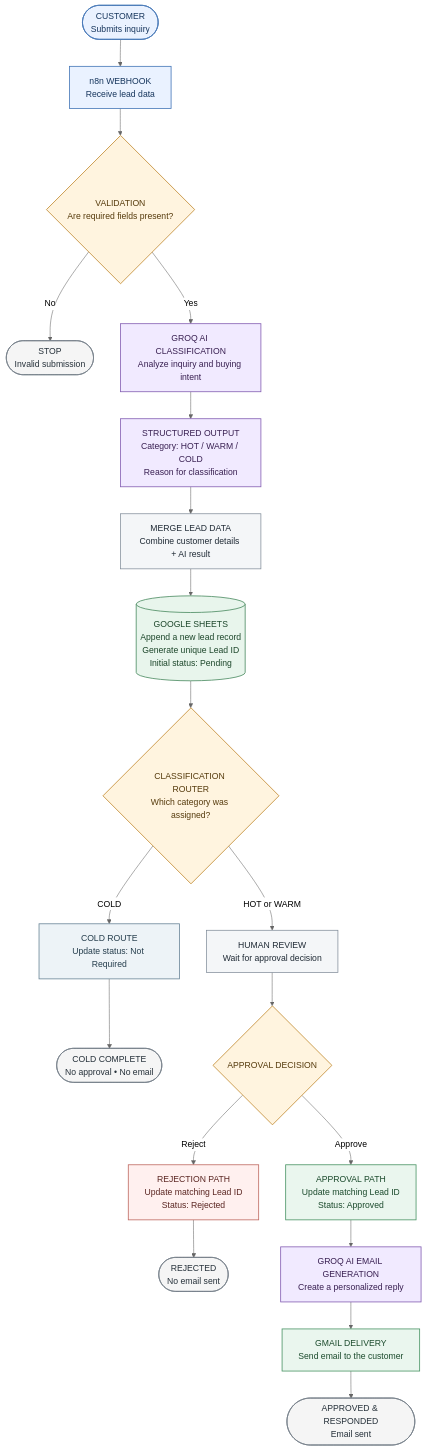
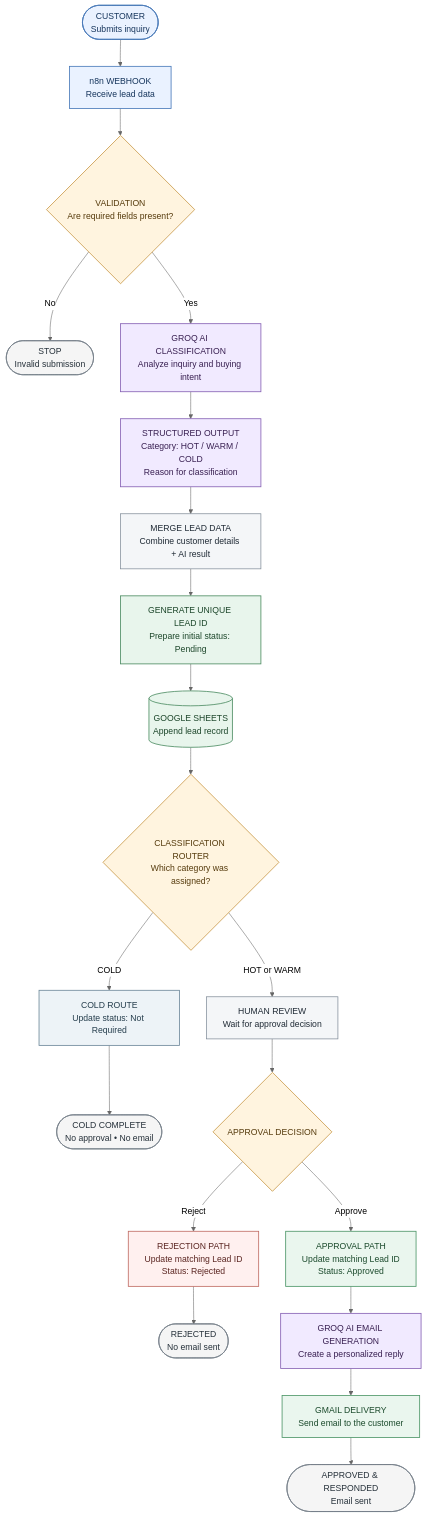
One commit to MBM305/AI-Powered-Lead-Management-System changed the diagram in Documentation/architecture.md. Above: the diagram before and after it, drawn with Mermaid (neutral theme). The commit also changed other lines of this file, not shown here.

Commit message:
docs: correct lead ID flow and clarify architecture

````diff
--- a/Documentation/architecture.md
+++ b/Documentation/architecture.md
@@ -7,46 +7,48 @@
 ```mermaid
 flowchart TB
     A(["CUSTOMER<br/>Submits inquiry"]) --> B["n8n WEBHOOK<br/>Receive lead data"]
     B --> C{"VALIDATION<br/>Are required fields present?"}
 
     C -->|No| X(["STOP<br/>Invalid submission"])
     C -->|Yes| D["GROQ AI CLASSIFICATION<br/>Analyze inquiry and buying intent"]
     D --> E["STRUCTURED OUTPUT<br/>Category: HOT / WARM / COLD<br/>Reason for classification"]
     E --> F["MERGE LEAD DATA<br/>Combine customer details + AI result"]
-    F --> G[("GOOGLE SHEETS<br/>Append a new lead record<br/>Generate unique Lead ID<br/>Initial status: Pending")]
-    G --> H{"CLASSIFICATION ROUTER<br/>Which category was assigned?"}
+    F --> G["GENERATE UNIQUE LEAD ID<br/>Prepare initial status: Pending"]
+    G --> H[("GOOGLE SHEETS<br/>Append lead record")]
+    H --> I{"CLASSIFICATION ROUTER<br/>Which category was assigned?"}
 
-    H -->|COLD| I["COLD ROUTE<br/>Update status: Not Required"]
-    I --> J(["COLD COMPLETE<br/>No approval • No email"])
+    I -->|COLD| J["COLD ROUTE<br/>Update status: Not Required"]
+    J --> K(["COLD COMPLETE<br/>No approval • No email"])
 
-    H -->|HOT or WARM| K["HUMAN REVIEW<br/>Wait for approval decision"]
-    K --> L{"APPROVAL DECISION"}
+    I -->|HOT or WARM| L["HUMAN REVIEW<br/>Wait for approval decision"]
+    L --> M{"APPROVAL DECISION"}
 
-    L -->|Reject| M["REJECTION PATH<br/>Update matching Lead ID<br/>Status: Rejected"]
-    M --> N(["REJECTED<br/>No email sent"])
+    M -->|Reject| N["REJECTION PATH<br/>Update matching Lead ID<br/>Status: Rejected"]
+    N --> O(["REJECTED<br/>No email sent"])
 
-    L -->|Approve| O["APPROVAL PATH<br/>Update matching Lead ID<br/>Status: Approved"]
-    O --> P["GROQ AI EMAIL GENERATION<br/>Create a personalized reply"]
-    P --> Q["GMAIL DELIVERY<br/>Send email to the customer"]
-    Q --> R(["APPROVED & RESPONDED<br/>Email sent"])
+    M -->|Approve| P["APPROVAL PATH<br/>Update matching Lead ID<br/>Status: Approved"]
+    P --> Q["GROQ AI EMAIL GENERATION<br/>Create a personalized reply"]
+    Q --> R["GMAIL DELIVERY<br/>Send email to the customer"]
+    R --> S(["APPROVED & RESPONDED<br/>Email sent"])
 
     classDef source fill:#eaf2ff,stroke:#4778b8,color:#17365d,stroke-width:1.5px
     classDef process fill:#f4f6f8,stroke:#7b8794,color:#202b36,stroke-width:1.3px
     classDef ai fill:#f1eaff,stroke:#8560b3,color:#392052,stroke-width:1.5px
     classDef data fill:#e8f5ec,stroke:#4b8b61,color:#1d472b,stroke-width:1.5px
-    classDef decision fill:#fff4df,stroke:#c18a2f,color:#563b0d,stroke-width:1.5px
+    classDef decision fill:#fff4df,stroke:#c18a2f,color:#563b0d,stroke-width:1.3px
     classDef cold fill:#edf3f7,stroke:#6c8799,color:#263e4d,stroke-width:1.5px
     classDef reject fill:#fff0ef,stroke:#bf6a62,color:#5b2622,stroke-width:1.5px
     classDef approve fill:#eaf6ee,stroke:#4b9566,color:#1c4b2d,stroke-width:1.5px
     classDef finish fill:#f5f5f5,stroke:#737d87,color:#26313a,stroke-width:1.3px
 
     class A,B source
-    class C,H,L decision
-    class D,E,P ai
-    class F,K process
+    class C,I,M decision
+    class D,E,Q ai
+    class F,L process
     class G data
-    class I cold
-    class M reject
-    class O,Q approve
-    class X,J,N,R finish
+    class H data
+    class J cold
+    class N reject
+    class P,R approve
+    class X,K,O,S finish
 ```
````
